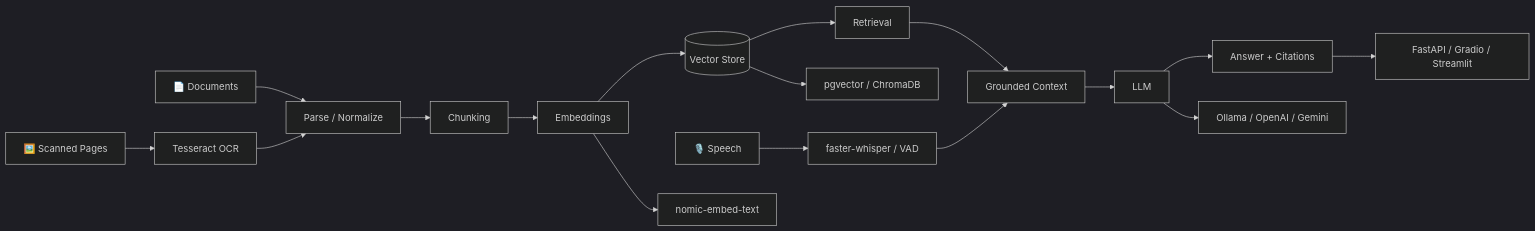
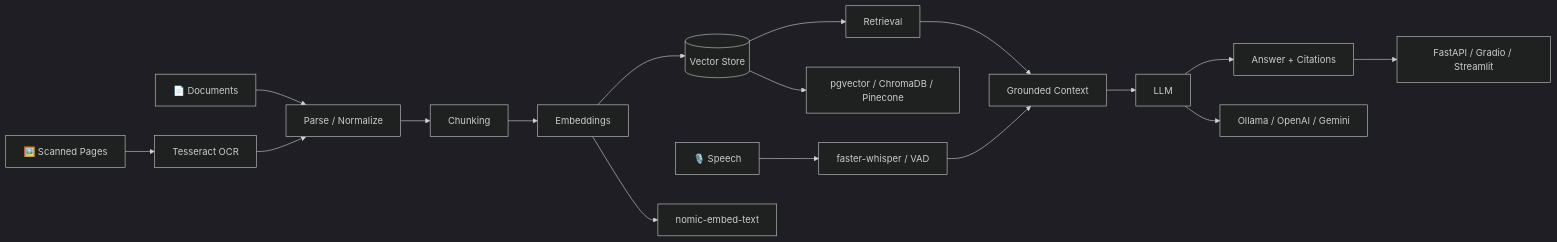
Before and after one commit to fizzahussain/fizzahussain: the diagram in README.md, drawn with Mermaid (dark theme). The commit also changed other lines of this file, not shown here.

````diff
--- a/README.md
+++ b/README.md
@@ -116,22 +116,22 @@
 ```mermaid
 flowchart LR
     A["📄 Documents"] --> B["Parse / Normalize"]
     B --> C["Chunking"]
     C --> D["Embeddings"]
     D --> E[("Vector Store")]
     E --> F["Retrieval"]
     F --> G["Grounded Context"]
     G --> H["LLM"]
     H --> I["Answer + Citations"]
 
     S["🎙️ Speech"] --> STT["faster-whisper / VAD"]
     STT --> G
 
     O["🖼️ Scanned Pages"] --> OCR["Tesseract OCR"]
     OCR --> B
 
-    E --> E1["pgvector / ChromaDB"]
+    E --> E1["pgvector / ChromaDB / Pinecone"]
     D --> D1["nomic-embed-text"]
     H --> H1["Ollama / OpenAI / Gemini"]
     I --> I1["FastAPI / Gradio / Streamlit"]
 ```
````
